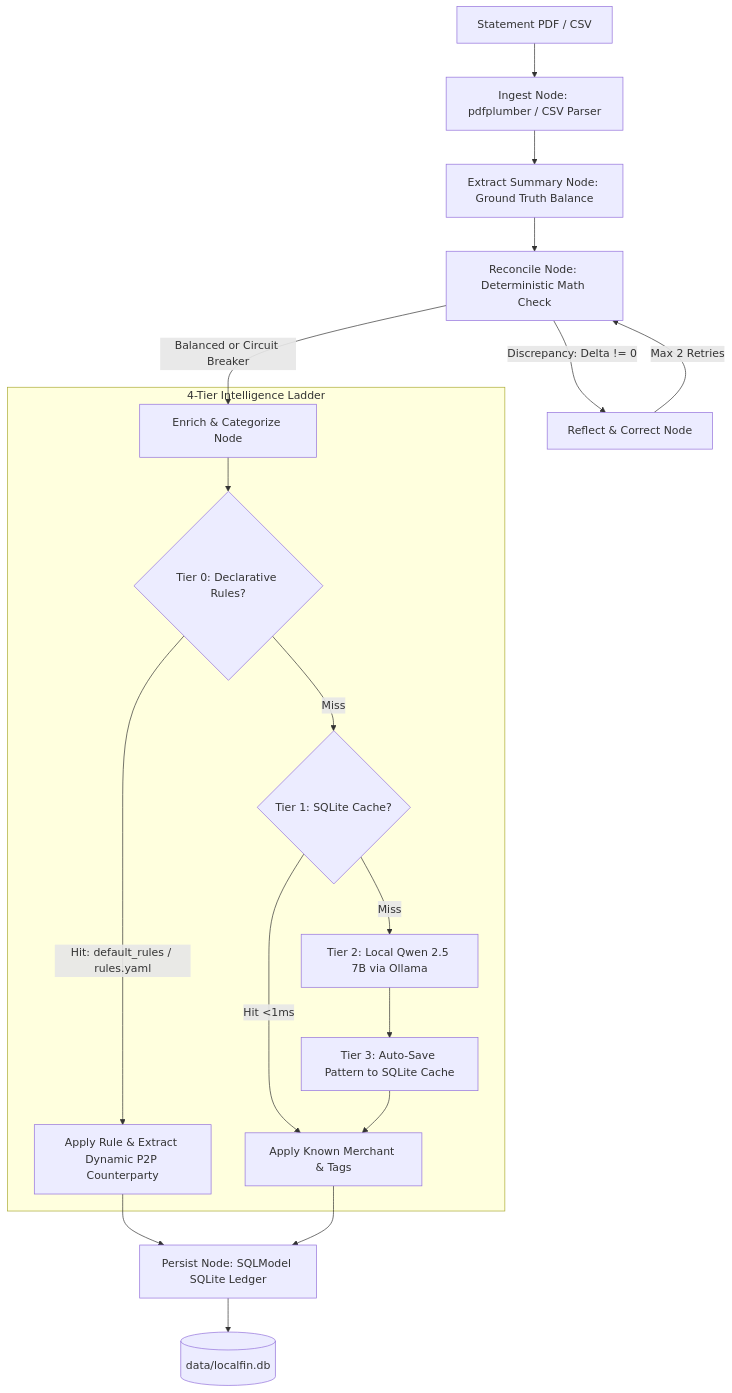
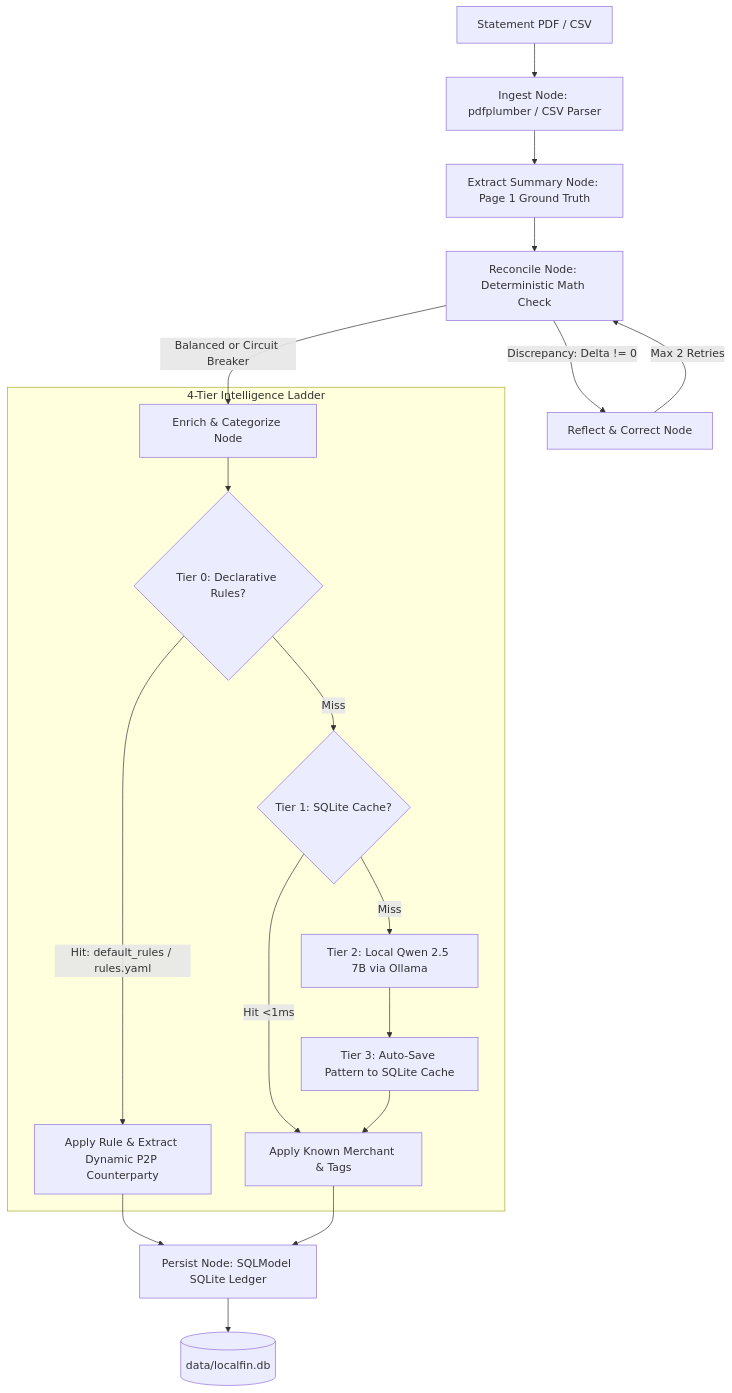
Before and after one commit to nmhiremath/LocalFIN: the diagram in README.md, drawn with Mermaid. The commit also changed other lines of this file, not shown here.

````diff
--- a/README.md
+++ b/README.md
@@ -28,23 +35,23 @@
 ```mermaid
 flowchart TD
     A[Statement PDF / CSV] --> B[Ingest Node: pdfplumber / CSV Parser]
-    B --> C[Extract Summary Node: Ground Truth Balance]
+    B --> C[Extract Summary Node: Page 1 Ground Truth]
     C --> D[Reconcile Node: Deterministic Math Check]
     D -->|Discrepancy: Delta != 0| E[Reflect & Correct Node]
     E -->|Max 2 Retries| D
     D -->|Balanced or Circuit Breaker| F[Enrich & Categorize Node]
 
     subgraph "4-Tier Intelligence Ladder"
         F --> G{Tier 0: Declarative Rules?}
         G -->|Hit: default_rules / rules.yaml| H[Apply Rule & Extract Dynamic P2P Counterparty]
         G -->|Miss| I{Tier 1: SQLite Cache?}
         I -->|Hit <1ms| J[Apply Known Merchant & Tags]
         I -->|Miss| K[Tier 2: Local Qwen 2.5 7B via Ollama]
         K --> L[Tier 3: Auto-Save Pattern to SQLite Cache]
         L --> J
     end
 
     H --> M[Persist Node: SQLModel SQLite Ledger]
     J --> M
     M --> N[(data/localfin.db)]
 ```
````
